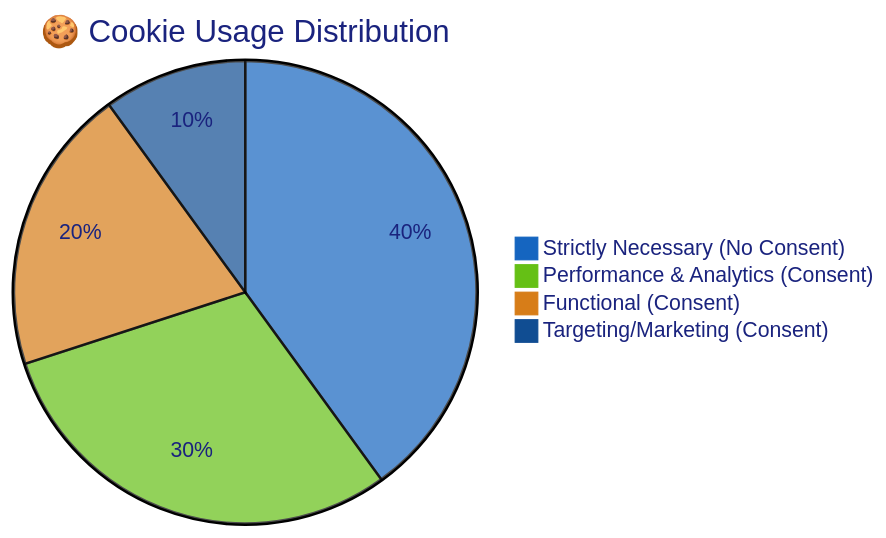
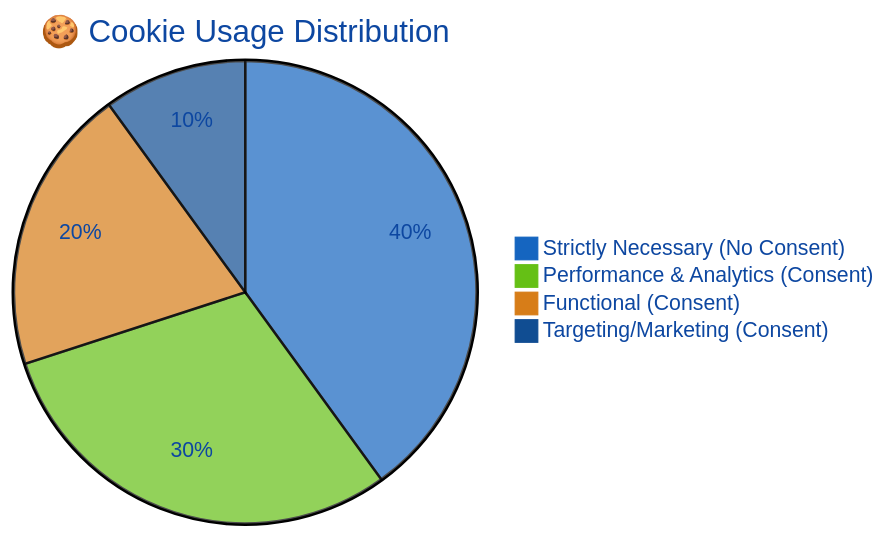
One commit to Hack23/ISMS-PUBLIC changed the fifth of 6 diagrams in Privacy_Policy.md. Above: the diagram before and after it, drawn with Mermaid. The commit also changed other lines of this file and 18 other files, not shown here.

Commit message:
fix broken mermaid

````diff
--- a/Privacy_Policy.md
+++ b/Privacy_Policy.md
@@ -521,17 +521,17 @@
 ```mermaid
 %%{
   init: {
     'theme': 'base',
     'themeVariables': {
       'primaryColor': '#1565C0',
-      'primaryTextColor': '#1A237E',
+      'primaryTextColor': '#0D47A1',
       'lineColor': '#1565C0'
     }
   }
 }%%
 pie title 🍪 Cookie Usage Distribution
     "Strictly Necessary (No Consent)" : 40
     "Performance & Analytics (Consent)" : 30
     "Functional (Consent)" : 20
     "Targeting/Marketing (Consent)" : 10
 ```
````
